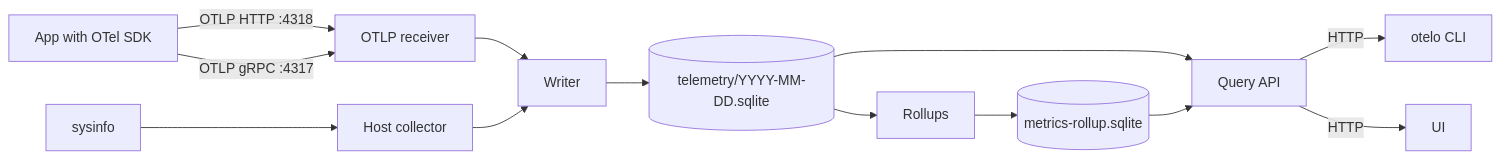
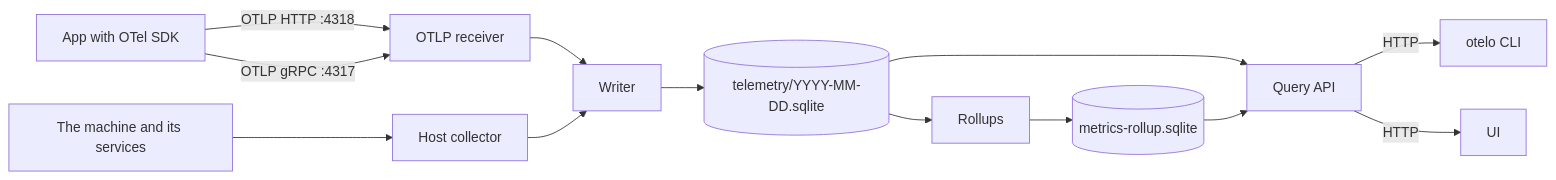
One commit to sukovanej/otelo changed the first of 2 diagrams in docs/telemetry.md. Above: the diagram before and after it, drawn with Mermaid. The commit also changed other lines of this file, not shown here.

````diff
--- a/docs/telemetry.md
+++ b/docs/telemetry.md
@@ -9,15 +9,15 @@
 ```mermaid
 flowchart LR
   app[App with OTel SDK] -->|OTLP HTTP :4318| recv[OTLP receiver]
   app -->|OTLP gRPC :4317| recv
-  sys[sysinfo] --> host[Host collector]
+  machine[The machine and its services] --> host[Host collector]
   recv --> writer[Writer]
   host --> writer
   writer --> day[(telemetry/YYYY-MM-DD.sqlite)]
   day --> rollup[Rollups]
   rollup --> agg[(metrics-rollup.sqlite)]
   day --> api[Query API]
   agg --> api
   api -->|HTTP| cli[otelo CLI]
   api -->|HTTP| ui[UI]
 ```
````
